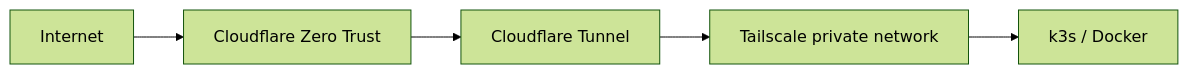
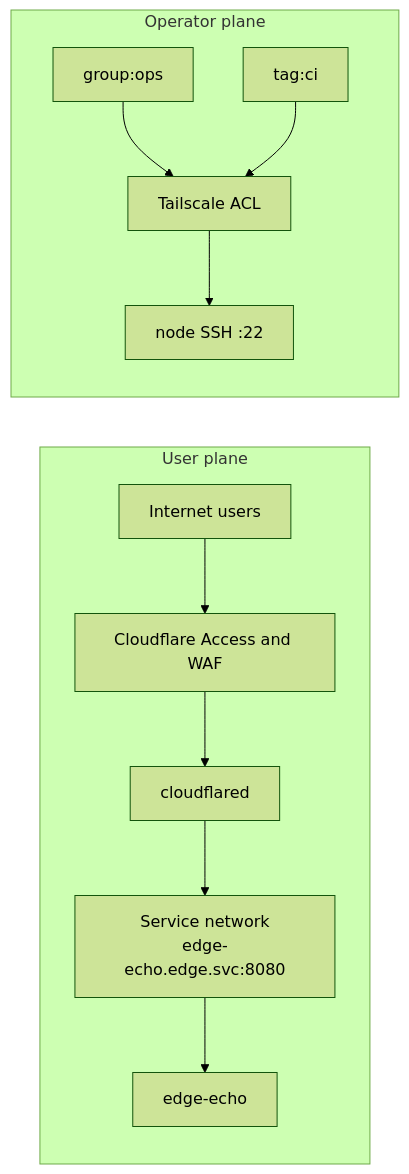
Before and after one commit to Kikyo987/zero-trust-edge: the diagram in docs/demo.md, drawn with Mermaid (forest theme). The commit also changed other lines of this file and 29 other files, not shown here.

First line of the commit message:
Make the dual-plane edge checkable and fail a deploy that has no image.

````diff
--- a/docs/demo.md
+++ b/docs/demo.md
@@ -7,7 +9,14 @@
 ```mermaid
 flowchart LR
-  A[Internet] --> B[Cloudflare Zero Trust]
-  B --> C[Cloudflare Tunnel]
-  C --> D[Tailscale private network]
-  D --> E[k3s / Docker]
+  subgraph userPlane [User plane]
+    U[Internet users] --> CF[Cloudflare Access and WAF]
+    CF --> CFD[cloudflared]
+    CFD --> SVC["Service network<br/>edge-echo.edge.svc:8080"]
+    SVC --> APP[edge-echo]
+  end
+  subgraph opsPlane [Operator plane]
+    OPS[group:ops] --> ACL[Tailscale ACL]
+    CI[tag:ci] --> ACL
+    ACL --> NODE["node SSH :22"]
+  end
 ```
````
